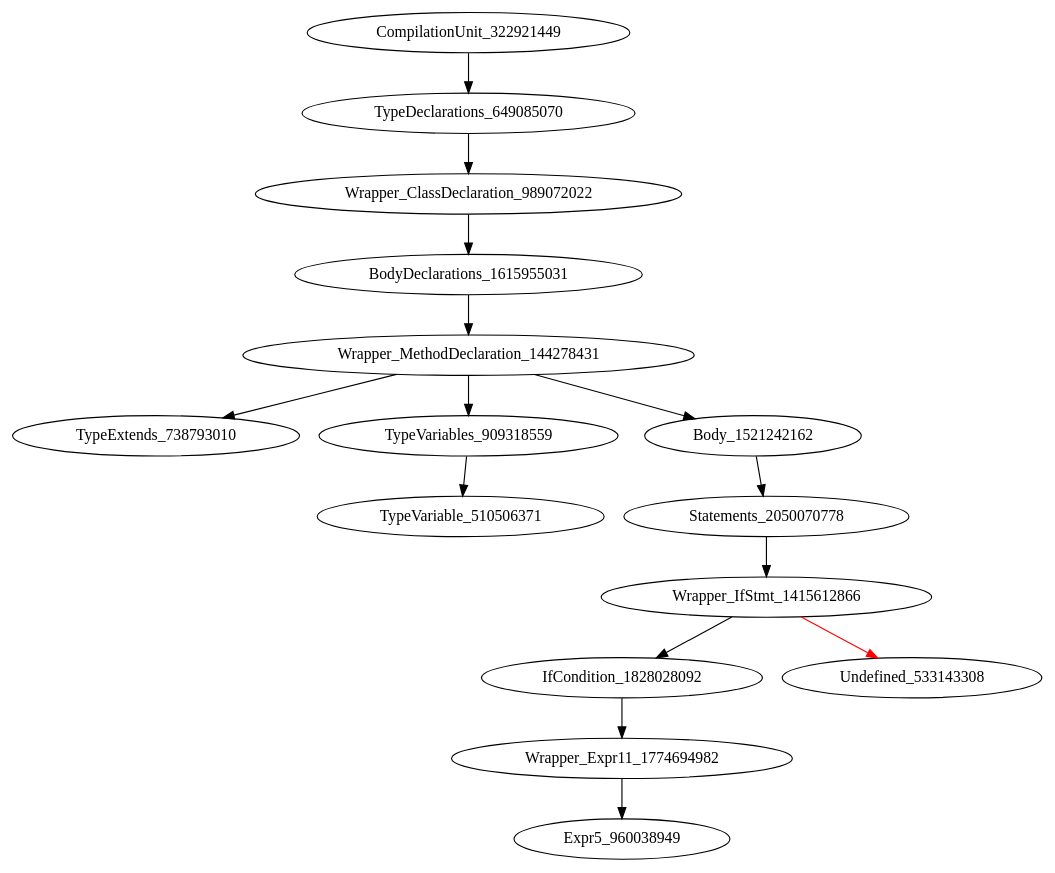
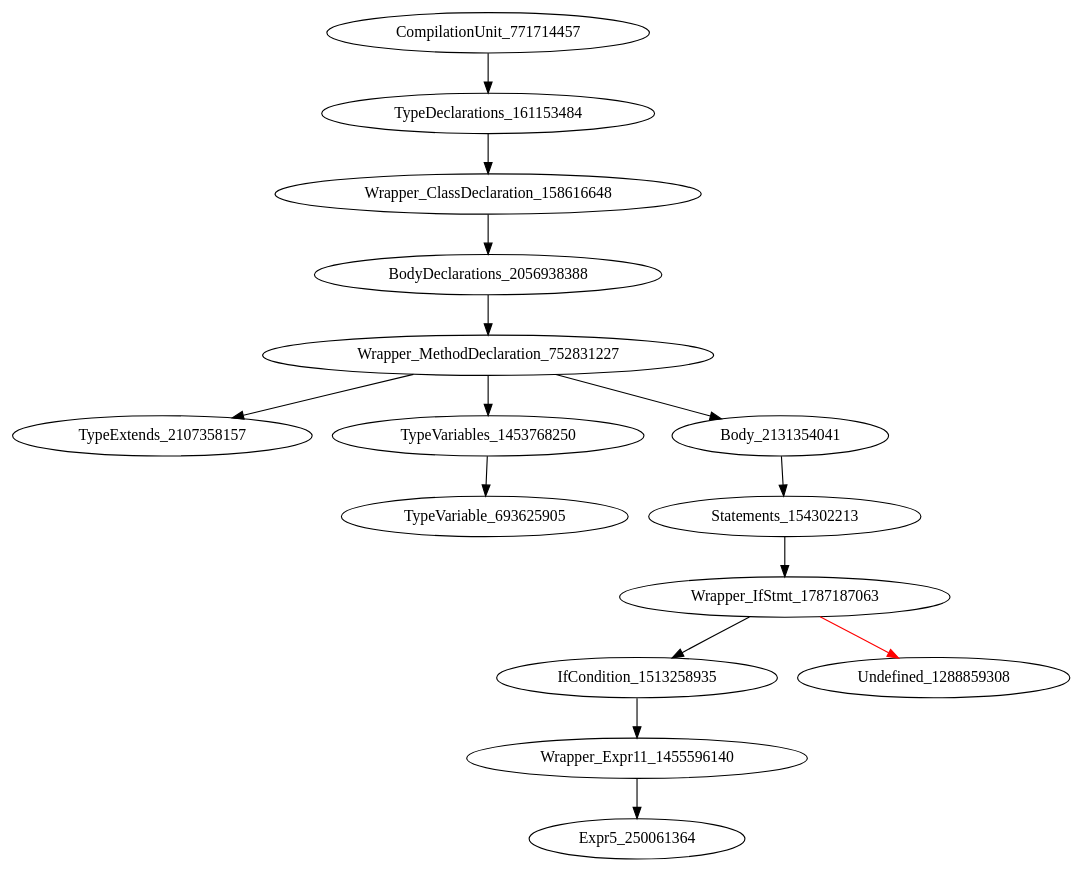
The diagram in holeAST.dot (icse2023material/VoiceJava), drawn with Graphviz before and after one commit. The commit also changed 16 other files, not shown here.

```diff
--- a/holeAST.dot
+++ b/holeAST.dot
@@ -1,16 +1,16 @@
 digraph {
-CompilationUnit_322921449 -> TypeDeclarations_649085070
-TypeDeclarations_649085070 -> Wrapper_ClassDeclaration_989072022
-Wrapper_ClassDeclaration_989072022 -> BodyDeclarations_1615955031
-BodyDeclarations_1615955031 -> Wrapper_MethodDeclaration_144278431
-Wrapper_MethodDeclaration_144278431 -> TypeExtends_738793010
-Wrapper_MethodDeclaration_144278431 -> TypeVariables_909318559
-Wrapper_MethodDeclaration_144278431 -> Body_1521242162
-TypeVariables_909318559 -> TypeVariable_510506371
-Body_1521242162 -> Statements_2050070778
-Statements_2050070778 -> Wrapper_IfStmt_1415612866
-Wrapper_IfStmt_1415612866 -> IfCondition_1828028092
-Wrapper_IfStmt_1415612866 -> Undefined_533143308 [color = red] 
-IfCondition_1828028092 -> Wrapper_Expr11_1774694982
-Wrapper_Expr11_1774694982 -> Expr5_960038949
+CompilationUnit_771714457 -> TypeDeclarations_161153484
+TypeDeclarations_161153484 -> Wrapper_ClassDeclaration_158616648
+Wrapper_ClassDeclaration_158616648 -> BodyDeclarations_2056938388
+BodyDeclarations_2056938388 -> Wrapper_MethodDeclaration_752831227
+Wrapper_MethodDeclaration_752831227 -> TypeExtends_2107358157
+Wrapper_MethodDeclaration_752831227 -> TypeVariables_1453768250
+Wrapper_MethodDeclaration_752831227 -> Body_2131354041
+TypeVariables_1453768250 -> TypeVariable_693625905
+Body_2131354041 -> Statements_154302213
+Statements_154302213 -> Wrapper_IfStmt_1787187063
+Wrapper_IfStmt_1787187063 -> IfCondition_1513258935
+Wrapper_IfStmt_1787187063 -> Undefined_1288859308 [color = red] 
+IfCondition_1513258935 -> Wrapper_Expr11_1455596140
+Wrapper_Expr11_1455596140 -> Expr5_250061364
 }
```
